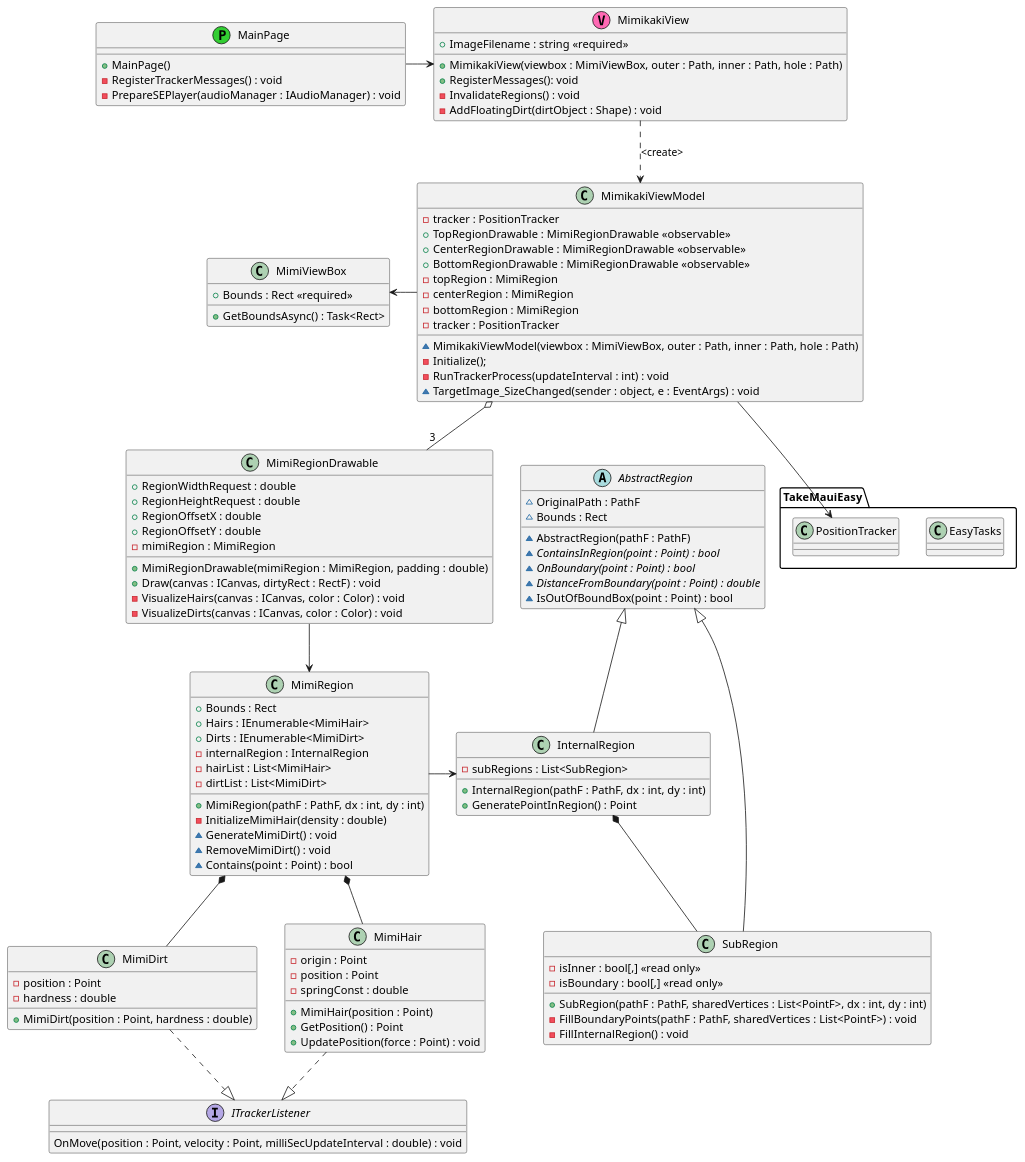
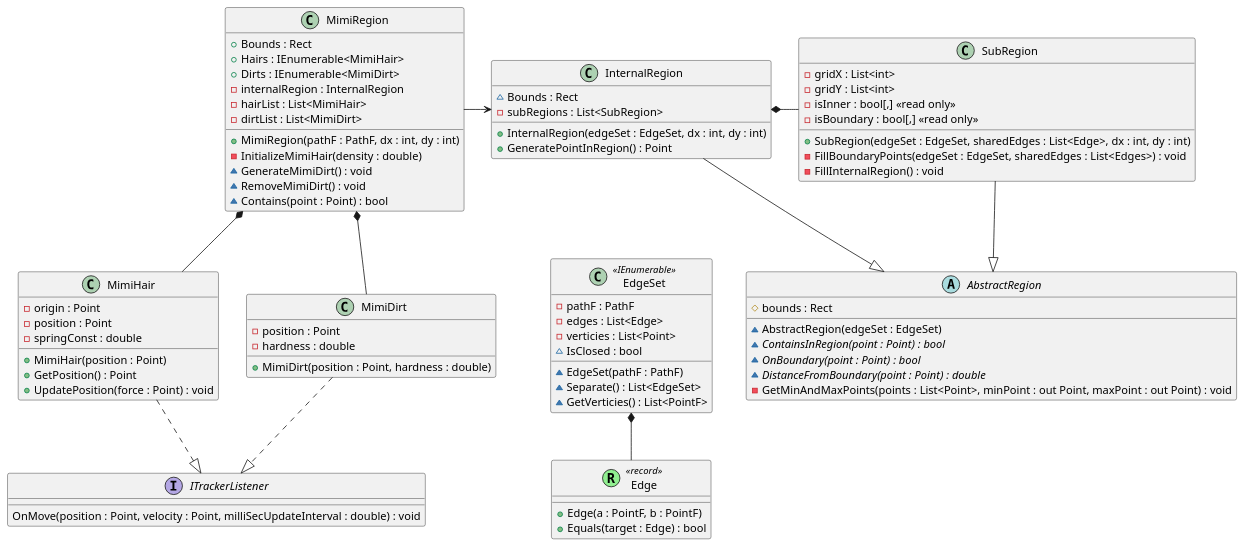
One commit to tatsuya19871219/MauiMimikakiApp changed the second of 3 diagrams in uml/MimikakiApp.puml. Above: the diagram before and after it, drawn with PlantUML. The commit also changed 12 other files, not shown here.

Commit message:
Improve InternalRegion construction

```diff
--- a/uml/MimikakiApp.puml
+++ b/uml/MimikakiApp.puml
@@ -1,164 +97,104 @@
-@startuml MimikakiClassDiagram
-' MimiModels
-class MimiViewBox
-{
-    + Bounds : Rect <<required>>
-    + GetBoundsAsync() : Task<Rect>
-}
-
+@startuml MimiRegion
+' Models
 class MimiRegion
 {
     + Bounds : Rect
     + Hairs : IEnumerable<MimiHair>
     + Dirts : IEnumerable<MimiDirt>
     - internalRegion : InternalRegion
     - hairList : List<MimiHair>
     - dirtList : List<MimiDirt>
     + MimiRegion(pathF : PathF, dx : int, dy : int)
     - InitializeMimiHair(density : double)
     ~ GenerateMimiDirt() : void
     ~ RemoveMimiDirt() : void
     ~ Contains(point : Point) : bool
 }
 
 interface ITrackerListener
 {
     OnMove(position : Point, velocity : Point, milliSecUpdateInterval : double) : void
 }
 
 class MimiHair
 {
     - origin : Point
     - position : Point
     - springConst : double
     + MimiHair(position : Point)
     + GetPosition() : Point
     + UpdatePosition(force : Point) : void
 }
 
 class MimiDirt
 {
     - position : Point
     - hardness : double
     + MimiDirt(position : Point, hardness : double)
 }
 
 ' RegionModels
 abstract AbstractRegion
 {
-    ~ OriginalPath : PathF
-    ~ Bounds : Rect
-    ~ AbstractRegion(pathF : PathF)
+    # bounds : Rect
+    ~ AbstractRegion(edgeSet : EdgeSet)
     {abstract} ~ ContainsInRegion(point : Point) : bool
     {abstract} ~ OnBoundary(point : Point) : bool
     {abstract} ~ DistanceFromBoundary(point : Point) : double
-    '- GetMinAndMaxPoints(pathF : PathF, minPoint : out Point, maxPoint : out Point) : void
-    ~ IsOutOfBoundBox(point : Point) : bool
+    - GetMinAndMaxPoints(points : List<Point>, minPoint : out Point, maxPoint : out Point) : void
 }
 
 class InternalRegion
 {
+    ~ Bounds : Rect
     - subRegions : List<SubRegion>
-    + InternalRegion(pathF : PathF, dx : int, dy : int)
+    + InternalRegion(edgeSet : EdgeSet, dx : int, dy : int)
     + GeneratePointInRegion() : Point
 }
 
 class SubRegion
 {
+    - gridX : List<int>
+    - gridY : List<int>
     - isInner : bool[,] <<read only>>
     - isBoundary : bool[,] <<read only>>
-    + SubRegion(pathF : PathF, sharedVertices : List<PointF>, dx : int, dy : int)
-    - FillBoundaryPoints(pathF : PathF, sharedVertices : List<PointF>) : void
+    + SubRegion(edgeSet : EdgeSet, sharedEdges : List<Edge>, dx : int, dy : int)
+    - FillBoundaryPoints(edgeSet : EdgeSet, sharedEdges : List<Edges>) : void
     - FillInternalRegion() : void
     '- ConvertToRegionIndex(x : double, y : double) : (int, int)
 }
 
-' Views
-class MimikakiView <<V, HotPink>>
+class EdgeSet <<IEnumerable>>
 {
-    + ImageFilename : string <<required>>
-    + MimikakiView(viewbox : MimiViewBox, outer : Path, inner : Path, hole : Path)
-    + RegisterMessages(): void
-    - InvalidateRegions() : void
-    - AddFloatingDirt(dirtObject : Shape) : void
+    - pathF : PathF
+    - edges : List<Edge>
+    - verticies : List<Point>
+    ~ IsClosed : bool
+    ~ EdgeSet(pathF : PathF)
+    ~ Separate() : List<EdgeSet>
+    ~ GetVerticies() : List<PointF>
 }
 
-
-' ViewModels
-class MimikakiViewModel
+class Edge <<(R, LightGreen) record>>
 {
-    - tracker : PositionTracker
-    + TopRegionDrawable : MimiRegionDrawable <<observable>>
-    + CenterRegionDrawable : MimiRegionDrawable <<observable>>
-    + BottomRegionDrawable : MimiRegionDrawable <<observable>>
-    - topRegion : MimiRegion
-    - centerRegion : MimiRegion
-    - bottomRegion : MimiRegion
-    - tracker : PositionTracker
-    ~ MimikakiViewModel(viewbox : MimiViewBox, outer : Path, inner : Path, hole : Path)
-    - Initialize();
-    - RunTrackerProcess(updateInterval : int) : void
-    ~ TargetImage_SizeChanged(sender : object, e : EventArgs) : void
+    + Edge(a : PointF, b : PointF)
+    + Equals(target : Edge) : bool
 }
 
-
-' Drawable
-class MimiRegionDrawable
-{
-    + RegionWidthRequest : double
-    + RegionHeightRequest : double
-    + RegionOffsetX : double
-    + RegionOffsetY : double
-    - mimiRegion : MimiRegion
-    + MimiRegionDrawable(mimiRegion : MimiRegion, padding : double)
-    + Draw(canvas : ICanvas, dirtyRect : RectF) : void
-    - VisualizeHairs(canvas : ICanvas, color : Color) : void
-    - VisualizeDirts(canvas : ICanvas, color : Color) : void
-}
-
-
-' Page
-class MainPage <<(P, LimeGreen)>>
-{
-    + MainPage()
-    - RegisterTrackerMessages() : void
-    - PrepareSEPlayer(audioManager : IAudioManager) : void
-}
-
-' Config
-' class MimikakiConfig
-' {
-
-' }
-
-' Library
-package TakeMauiEasy
-{
-    class EasyTasks
-    class PositionTracker
-}
-
-' 
+' arrows
 MimiRegion -> InternalRegion
 MimiRegion *-- MimiHair
 MimiRegion *-- MimiDirt
 
-InternalRegion *-- SubRegion
-InternalRegion -up-|> AbstractRegion
-SubRegion -up-|> AbstractRegion
+InternalRegion *- SubRegion
+InternalRegion --|> AbstractRegion
+SubRegion --|> AbstractRegion
 
 MimiHair ..|> ITrackerListener
 MimiDirt ..|> ITrackerListener
 
-MimikakiViewModel -left-> MimiViewBox
-MimikakiViewModel --> PositionTracker
-MimikakiViewModel o-- "3" MimiRegionDrawable
+EdgeSet *-- Edge
 
-MimikakiView ..> MimikakiViewModel : <create>
-
-MainPage -> MimikakiView
-
-'MimiRegionDrawable --|> IDrawable
-MimiRegionDrawable --> MimiRegion
+InternalRegion -[hidden]- EdgeSet
 
 @enduml
```
